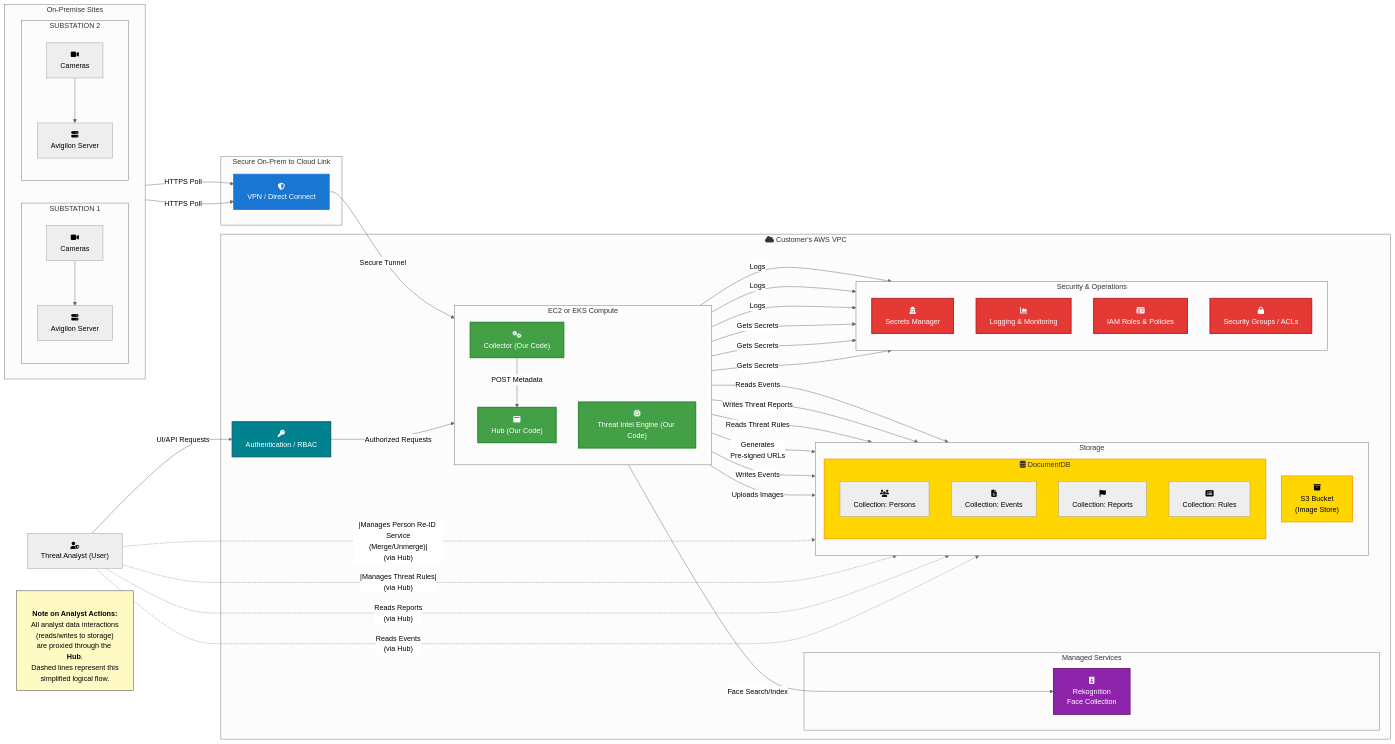
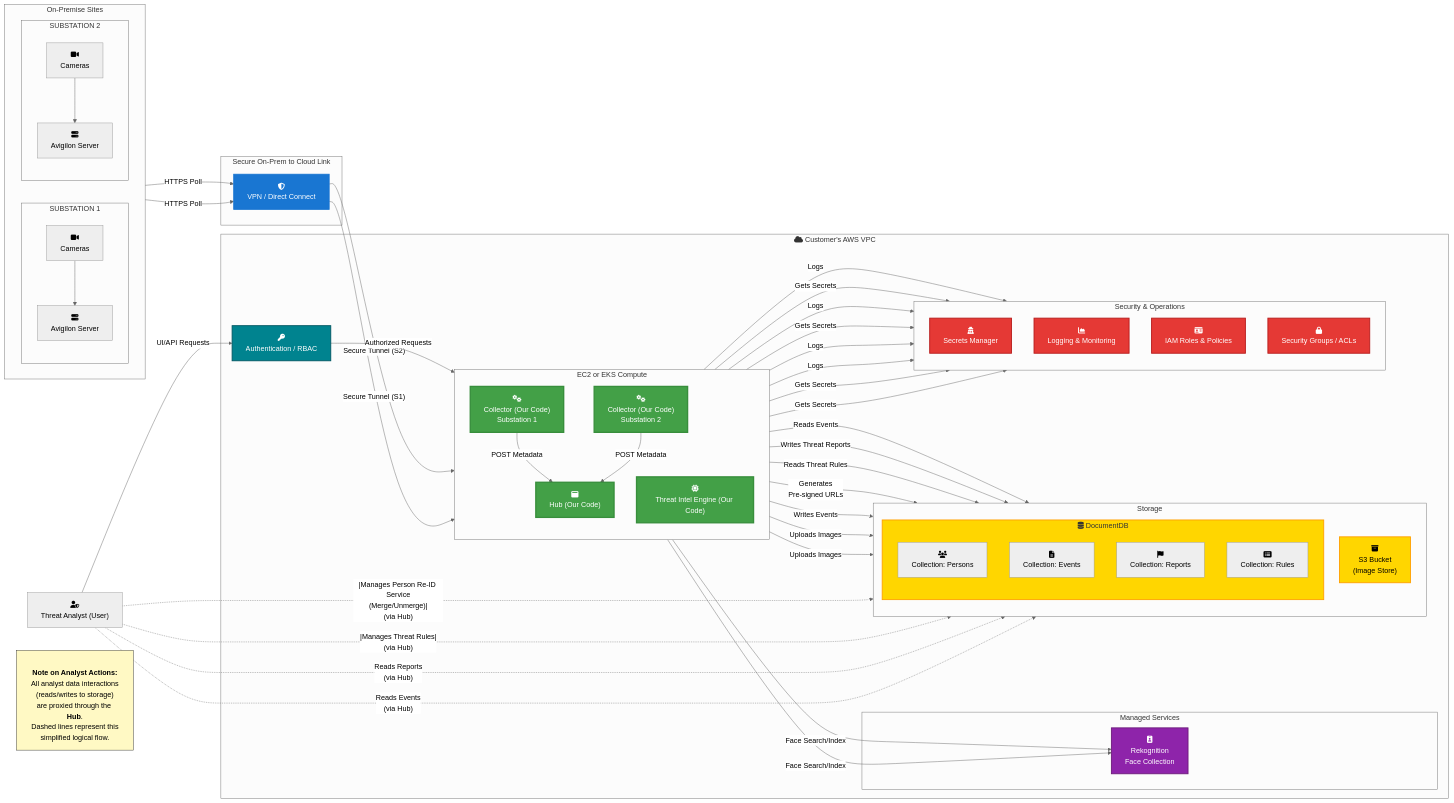
Before and after one commit to mscdw/Duke-Backend: the diagram in System Diagram.md, drawn with Mermaid.

Commit message:
Update System Diagram.md

````diff
--- a/System Diagram.md
+++ b/System Diagram.md
@@ -46,7 +46,8 @@
   end
  subgraph subGraph4["EC2 or EKS Compute"]
     direction TB
-        collector["fa:fa-cogs<br>Collector (Our Code)"]
+        collector1["fa:fa-cogs<br>Collector (Our Code)<br>Substation 1"]
+        collector2["fa:fa-cogs<br>Collector (Our Code)<br>Substation 2"]
         hub["fa:fa-window-maximize<br>Hub (Our Code)"]
         threat_intel_engine["fa:fa-microchip<br>Threat Intel Engine (Our Code)"]
   end
@@ -78,39 +79,41 @@
         Storage
         subGraph8
   end
-
     cameras_s1 --> avigilon1
     cameras_s2 --> avigilon2
+    avigilon1 -- HTTPS Poll --> vpn
+    avigilon2 -- HTTPS Poll --> vpn
+    vpn -- Secure Tunnel (S1) --> collector1
+    vpn -- Secure Tunnel (S2) --> collector2
+    collector1 -- Uploads Images --> s3_bucket
+    collector2 -- Uploads Images --> s3_bucket
+    collector1 -- Face Search/Index --> rekognition_collection
+    collector2 -- Face Search/Index --> rekognition_collection
+    collector1 -- Gets Secrets --> secrets_manager
+    collector2 -- Gets Secrets --> secrets_manager
+    collector1 -- POST Metadata --> hub
+    collector2 -- POST Metadata --> hub
+    collector1 -- Logs --> cloudwatch
+    collector2 -- Logs --> cloudwatch
+    hub -- Writes Events --> events_coll
+    hub -- "Generates<br>Pre-signed URLs" --> s3_bucket
+    hub -- Gets Secrets --> secrets_manager
+    hub -- Logs --> cloudwatch
+    threat_intel_engine -- Reads Threat Rules --> rules_coll
+    threat_intel_engine -- Writes Threat Reports --> reports_coll
+    threat_intel_engine -- Gets Secrets --> secrets_manager
+    threat_intel_engine -- Reads Events --> events_coll
+    threat_intel_engine -- Logs --> cloudwatch
     human_analyst["fa:fa-user-shield<br>Threat Analyst (User)"] -- UI/API Requests --> rbac
     rbac -- Authorized Requests --> hub
     human_analyst -. Reads Events<br>(via Hub) .-> events_coll
     human_analyst -. Reads Reports<br>(via Hub) .-> reports_coll
     human_analyst -. |Manages Threat Rules|<br>(via Hub) .-> rules_coll
     human_analyst -. "|Manages Person Re-ID Service<br>(Merge/Unmerge)|<br>(via Hub)" .-> persons_coll
-    avigilon1 -- HTTPS Poll --> vpn
-    avigilon2 -- HTTPS Poll --> vpn
-    vpn -- Secure Tunnel --> collector
-    collector -- Uploads Images --> s3_bucket
-    hub -- Writes Events --> events_coll
-    hub -- "Generates<br>Pre-signed URLs" --> s3_bucket
-    threat_intel_engine -- Reads Threat Rules --> rules_coll
-    threat_intel_engine -- Writes Threat Reports --> reports_coll
-    collector -- Face Search/Index --> rekognition_collection
-    collector -- Gets Secrets --> secrets_manager
-    hub -- Gets Secrets --> secrets_manager
-    threat_intel_engine -- Gets Secrets --> secrets_manager
-    collector -- POST Metadata --> hub
-    threat_intel_engine -- Reads Events --> events_coll
-    collector -- Logs --> cloudwatch
-    hub -- Logs --> cloudwatch
-    threat_intel_engine -- Logs --> cloudwatch
-
     note_analyst_flow["<br><b>Note on Analyst Actions:</b><br>All analyst data interactions<br>(reads/writes to storage)<br>are proxied through the <b>Hub</b>.<br>Dashed lines represent this<br>simplified logical flow.<br>"]
-    style note_analyst_flow fill:#fff9c4,stroke:#333,stroke-width:1px
-
-    %% Key infrastructure color classes
     style vpn fill:#1976d2,stroke:#1976d2,stroke-width:2px,color:#fff
-    style collector fill:#43a047,stroke:#388e3c,stroke-width:3px,color:#fff
+    style collector1 fill:#43a047,stroke:#388e3c,stroke-width:3px,color:#fff
+    style collector2 fill:#43a047,stroke:#388e3c,stroke-width:3px,color:#fff
     style hub fill:#43a047,stroke:#388e3c,stroke-width:3px,color:#fff
     style threat_intel_engine fill:#43a047,stroke:#388e3c,stroke-width:3px,color:#fff
     style rekognition_collection fill:#8e24aa,stroke:#6d1b7b,stroke-width:2px,color:#fff
@@ -121,5 +124,7 @@
     style iam fill:#e53935,stroke:#b71c1c,stroke-width:2px,color:#fff
     style sg fill:#e53935,stroke:#b71c1c,stroke-width:2px,color:#fff
     style rbac fill:#00838f,stroke:#005662,stroke-width:2px,color:#fff
+    style note_analyst_flow fill:#fff9c4,stroke:#333,stroke-width:1px
+
 
 ```
````
